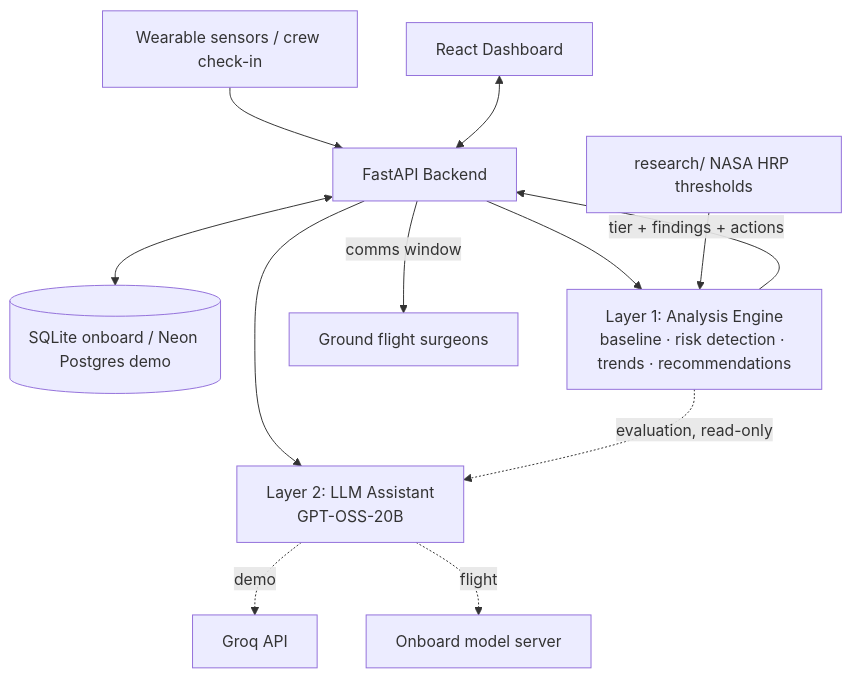
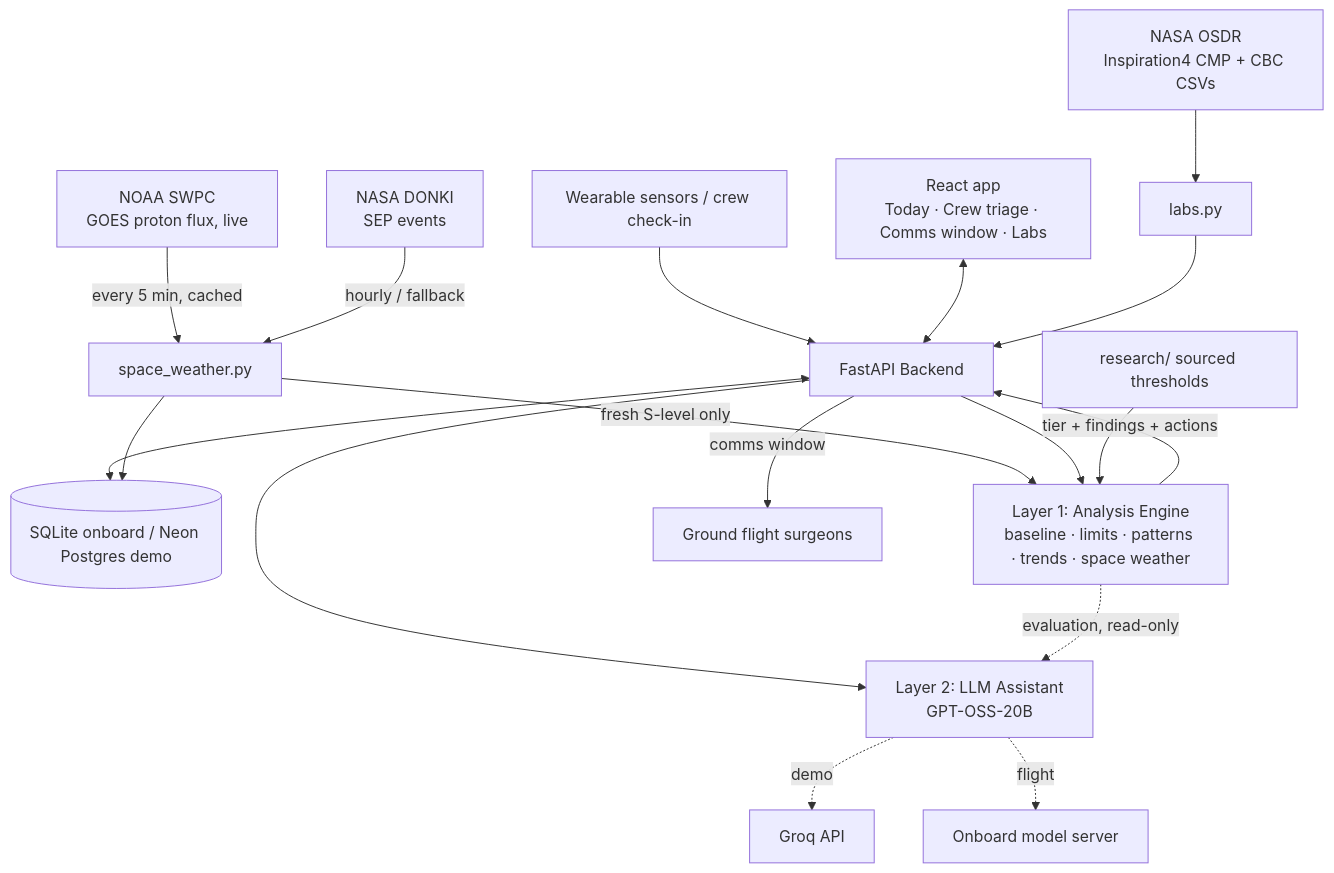
The diagram in docs/architecture.md (CyberZenithX/AstroGuardian-AI), drawn with Mermaid before and after one commit. The commit also changed other lines of this file and 28 other files, not shown here.

Commit message:
Added real & live space data

````diff
--- a/docs/architecture.md
+++ b/docs/architecture.md
@@ -7,14 +7,20 @@
 ```mermaid
 graph TD
     Sensors[Wearable sensors / crew check-in] --> API[FastAPI Backend]
-    UI[React Dashboard] <--> API
+    UI[React app<br/>Today · Crew triage · Comms window · Labs] <--> API
     API <--> DB[(SQLite onboard / Neon Postgres demo)]
-    API --> L1[Layer 1: Analysis Engine<br/>baseline · risk detection · trends · recommendations]
+    NOAA[NOAA SWPC<br/>GOES proton flux, live] -->|every 5 min, cached| SW[space_weather.py]
+    DONKI[NASA DONKI<br/>SEP events] -->|hourly / fallback| SW
+    SW --> DB
+    SW -->|fresh S-level only| L1
+    OSDR[NASA OSDR<br/>Inspiration4 CMP + CBC CSVs] --> LABS[labs.py]
+    LABS --> API
+    API --> L1[Layer 1: Analysis Engine<br/>baseline · limits · patterns · trends · space weather]
     L1 -->|tier + findings + actions| API
     API --> L2[Layer 2: LLM Assistant<br/>GPT-OSS-20B]
     L1 -.->|evaluation, read-only| L2
     L2 -.->|demo| Groq[Groq API]
     L2 -.->|flight| Local[Onboard model server]
     API -->|comms window| Ground[Ground flight surgeons]
-    HRP[research/ NASA HRP thresholds] --> L1
+    HRP[research/ sourced thresholds] --> L1
 ```
````
